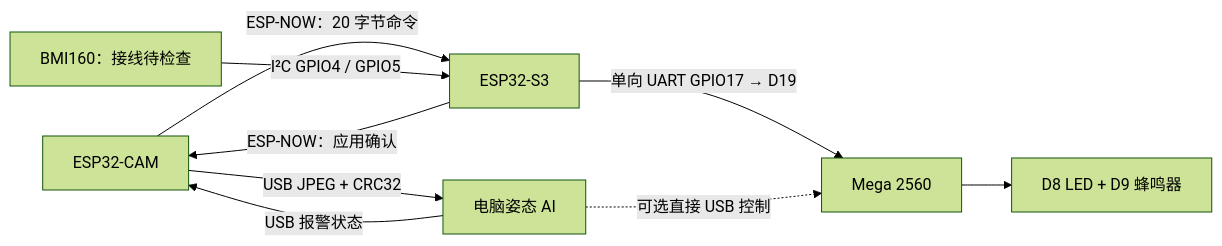
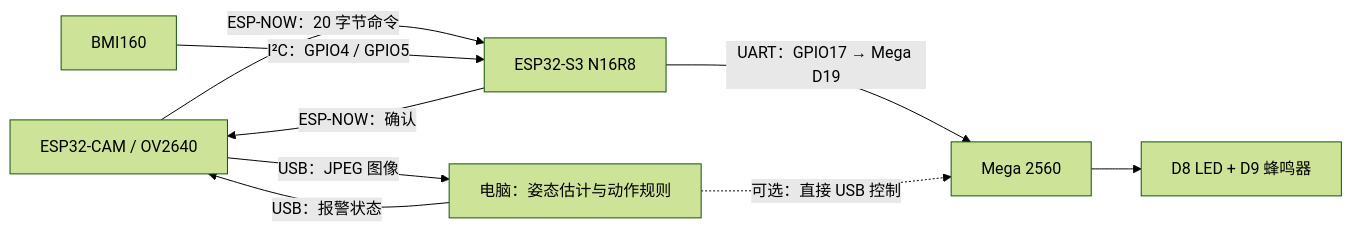
The diagram in README.md (Steven-ZYC/int4089-fitness-aid-bot), drawn with Mermaid (forest theme) before and after one commit. The commit also changed other lines of this file and 17 other files, not shown here.

First line of the commit message:
perf(camera): preserve verified 9 FPS USB pipeline and organize architecture

````diff
--- a/README.md
+++ b/README.md
@@ -56,11 +7,11 @@
 ```mermaid
 flowchart LR
-    CAM["ESP32-CAM"] -->|"USB JPEG + CRC32"| PC["电脑姿态 AI"]
-    PC -->|"USB 报警状态"| CAM
-    CAM -->|"ESP-NOW：20 字节命令"| S3["ESP32-S3"]
-    S3 -->|"ESP-NOW：应用确认"| CAM
-    IMU["BMI160：接线待检查"] -->|"I²C GPIO4 / GPIO5"| S3
-    S3 -->|"单向 UART GPIO17 → D19"| MEGA["Mega 2560"]
-    PC -. "可选直接 USB 控制" .-> MEGA
-    MEGA --> LED["D8 LED + D9 蜂鸣器"]
+    CAM["ESP32-CAM / OV2640"] -->|"USB：JPEG 图像"| PC["电脑：姿态估计与动作规则"]
+    PC -->|"USB：报警状态"| CAM
+    CAM -->|"ESP-NOW：20 字节命令"| S3["ESP32-S3 N16R8"]
+    S3 -->|"ESP-NOW：确认"| CAM
+    IMU["BMI160"] -->|"I²C：GPIO4 / GPIO5"| S3
+    S3 -->|"UART：GPIO17 → Mega D19"| MEGA["Mega 2560"]
+    PC -. "可选：直接 USB 控制" .-> MEGA
+    MEGA --> OUT["D8 LED + D9 蜂鸣器"]
 ```
````
